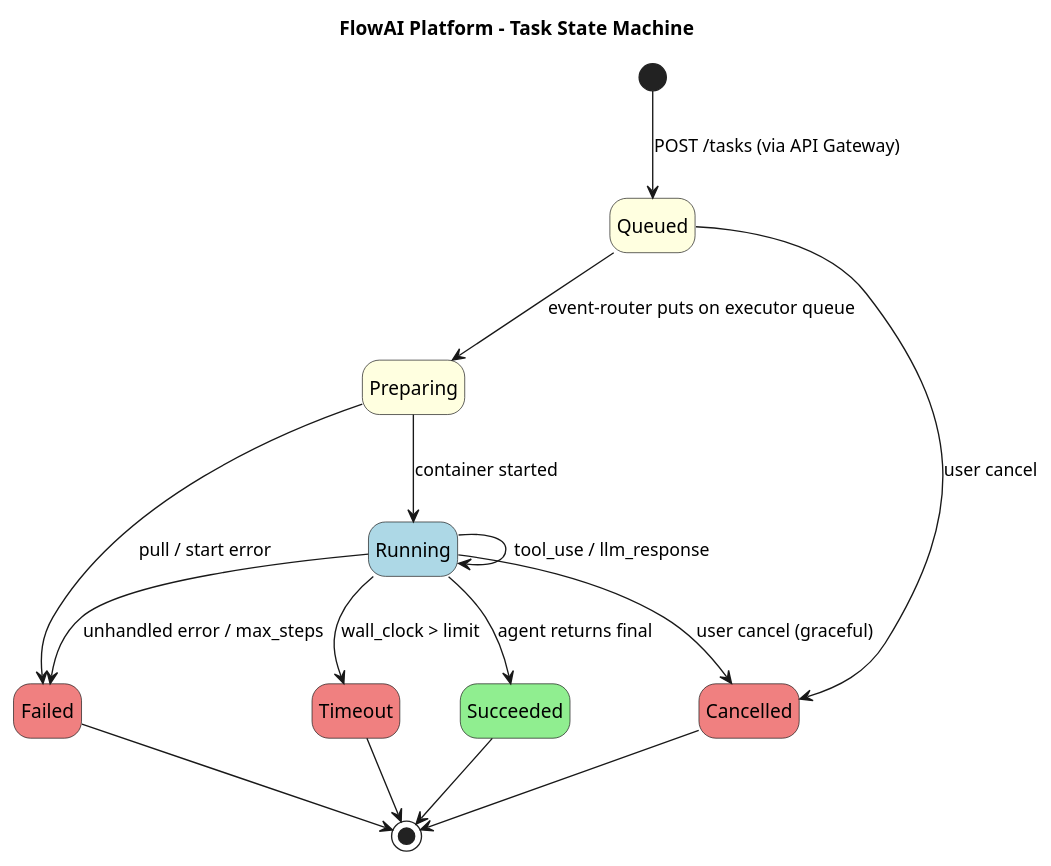
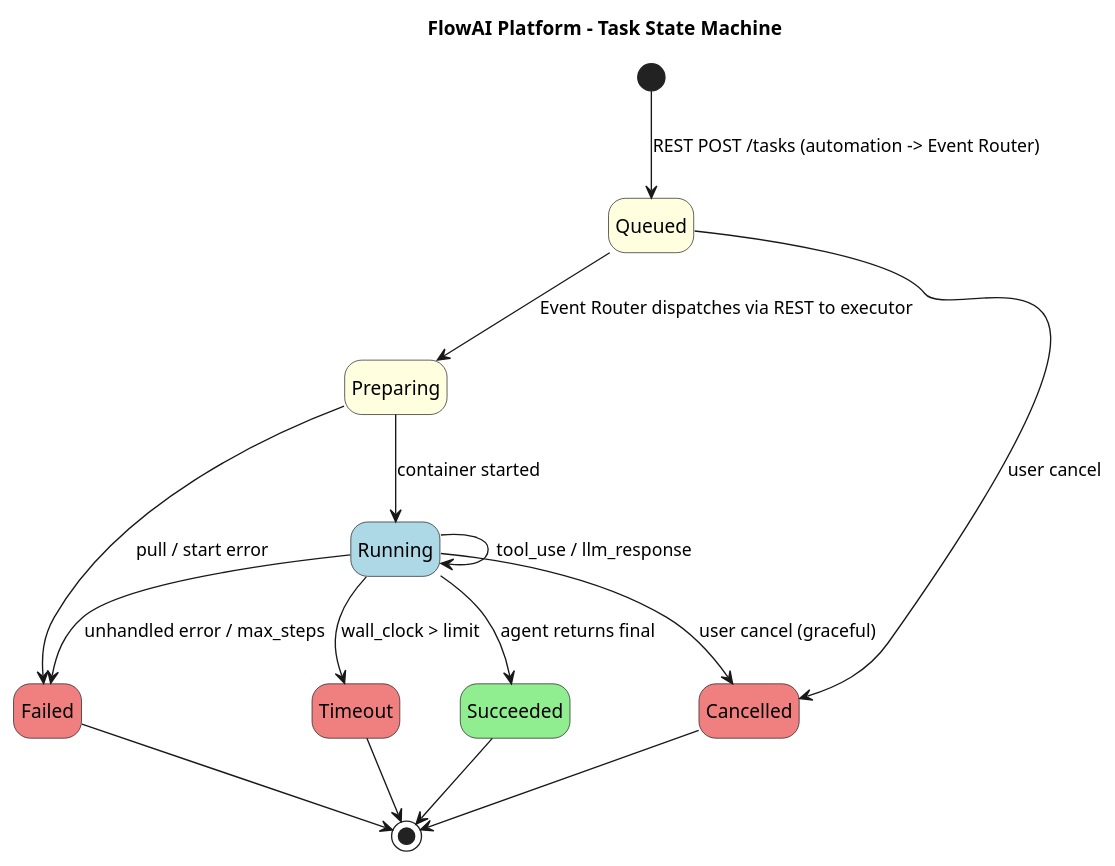
Before and after one commit to pandops/flowai: the diagram in docs/architecture/diagrams/06-state-task.puml, drawn with PlantUML. The commit also changed 2 other files, not shown here.

Commit message:
docs(architecture): update C4 diagrams for auth-proxy and no-queue model
Reflect the architectural changes in the C4-level views:

02-containers.puml (runtime slice): remove all queue elements; add Event Router DB; show GW as an auth+route proxy that only proxies UI requests to backend services; SS note now states GW does not call open env anymore (no business logic).

03-operator-surface.puml (operator surface): UI talks to GW only; GW is an auth-aware reverse proxy (no state, no writes); automation authenticates with GW for a bearer token, then submits tasks directly to the Event Router.

06-state-task.puml: trigger labels updated to 'REST POST /tasks (automation -> Event Router)' and 'Event Router dispatches via REST to executor' — no more queue language.

Ultraworked with [Sisyphus](https://github.com/code-yeongyu/oh-my-openagent)

```diff
--- a/docs/architecture/diagrams/06-state-task.puml
+++ b/docs/architecture/diagrams/06-state-task.puml
@@ -1,33 +1,33 @@
 @startuml 06-state-task
 title FlowAI Platform - Task State Machine
 
 hide empty description
 
-[*] --> Queued : POST /tasks (via API Gateway)
+[*] --> Queued : REST POST /tasks (automation -> Event Router)
 
 state Queued #LightYellow
 state Preparing #LightYellow
 state Running #LightBlue
 state Succeeded #LightGreen
 state Failed #LightCoral
 state Cancelled #LightCoral
 state Timeout #LightCoral
 
-Queued --> Preparing : event-router puts on executor queue
+Queued --> Preparing : Event Router dispatches via REST to executor
 Queued --> Cancelled : user cancel
 
 Preparing --> Running : container started
 Preparing --> Failed : pull / start error
 
 Running --> Running : tool_use / llm_response
 Running --> Succeeded : agent returns final
 Running --> Failed : unhandled error / max_steps
 Running --> Cancelled : user cancel (graceful)
 Running --> Timeout : wall_clock > limit
 
 Succeeded --> [*]
 Failed --> [*]
 Cancelled --> [*]
 Timeout --> [*]
 
 @enduml
```
